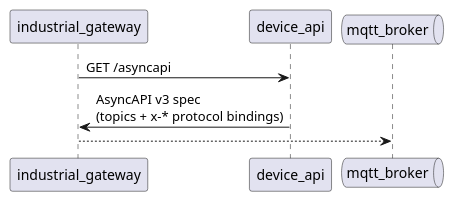
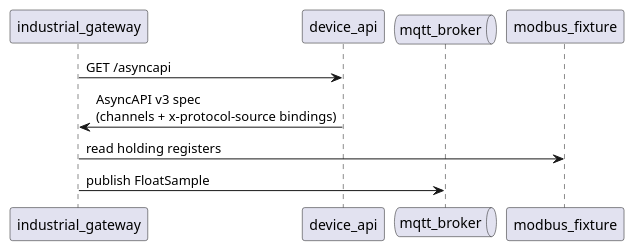
One commit to arcnode-io/ems-industrial-gateway changed the diagram in readme.md. Above: the diagram before and after it, drawn with PlantUML. The commit also changed other lines of this file, not shown here.

Commit message:
📝 docs: readme reflects Tier 1 gateway stub (ground truth)

````diff
--- a/readme.md
+++ b/readme.md
@@ -71,9 +35,10 @@
 ```plantuml
 participant industrial_gateway
 participant device_api
 queue mqtt_broker
 
 industrial_gateway -> device_api: GET /asyncapi
-device_api -> industrial_gateway: AsyncAPI v3 spec\n(topics + x-* protocol bindings)
-industrial_gateway --> mqtt_broker
+device_api -> industrial_gateway: AsyncAPI v3 spec\n(channels + x-protocol-source bindings)
+industrial_gateway -> modbus_fixture: read holding registers
+industrial_gateway -> mqtt_broker: publish FloatSample
 ```
````
